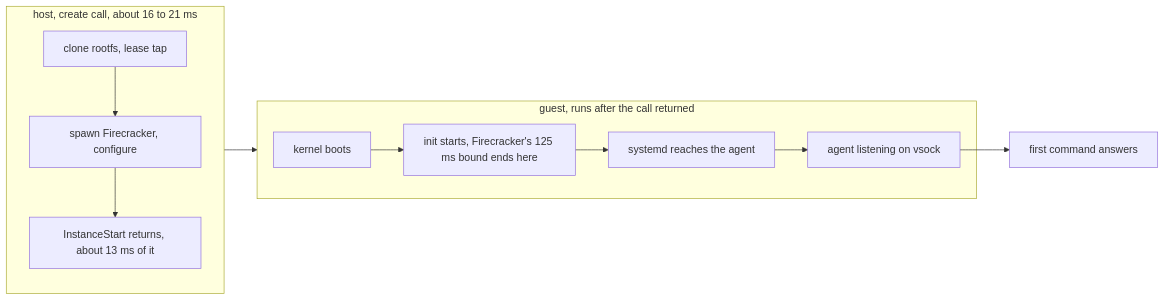
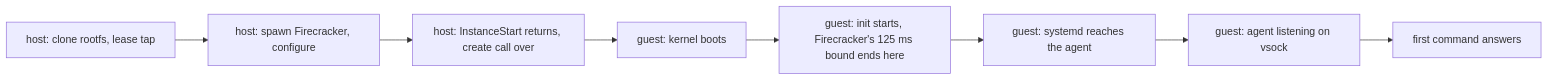
The first of 2 diagrams in website/src/content/engineering/29-what-a-start-latency-number-means.md (SumitKumar-17/sandkiln), drawn with Mermaid before and after one commit. The commit also changed other lines of this file and 107 other files, not shown here.

````diff
--- a/website/src/content/engineering/29-what-a-start-latency-number-means.md
+++ b/website/src/content/engineering/29-what-a-start-latency-number-means.md
@@ -29,11 +29,5 @@
 ```mermaid
 flowchart LR
-    subgraph H["host, create call, about 16 to 21 ms"]
-        h1["clone rootfs, lease tap"] --> h2["spawn Firecracker, configure"] --> h3["InstanceStart returns, about 13 ms of it"]
-    end
-    subgraph G["guest, runs after the call returned"]
-        g1["kernel boots"] --> g2["init starts, Firecracker's 125 ms bound ends here"] --> g3["systemd reaches the agent"] --> g4["agent listening on vsock"]
-    end
-    H --> G
-    g4 --> x["first command answers"]
+    h1["host: clone rootfs, lease tap"] --> h2["host: spawn Firecracker, configure"] --> h3["host: InstanceStart returns, create call over"]
+    h3 --> g1["guest: kernel boots"] --> g2["guest: init starts, Firecracker's 125 ms bound ends here"] --> g3["guest: systemd reaches the agent"] --> g4["guest: agent listening on vsock"] --> x["first command answers"]
 ```
````
